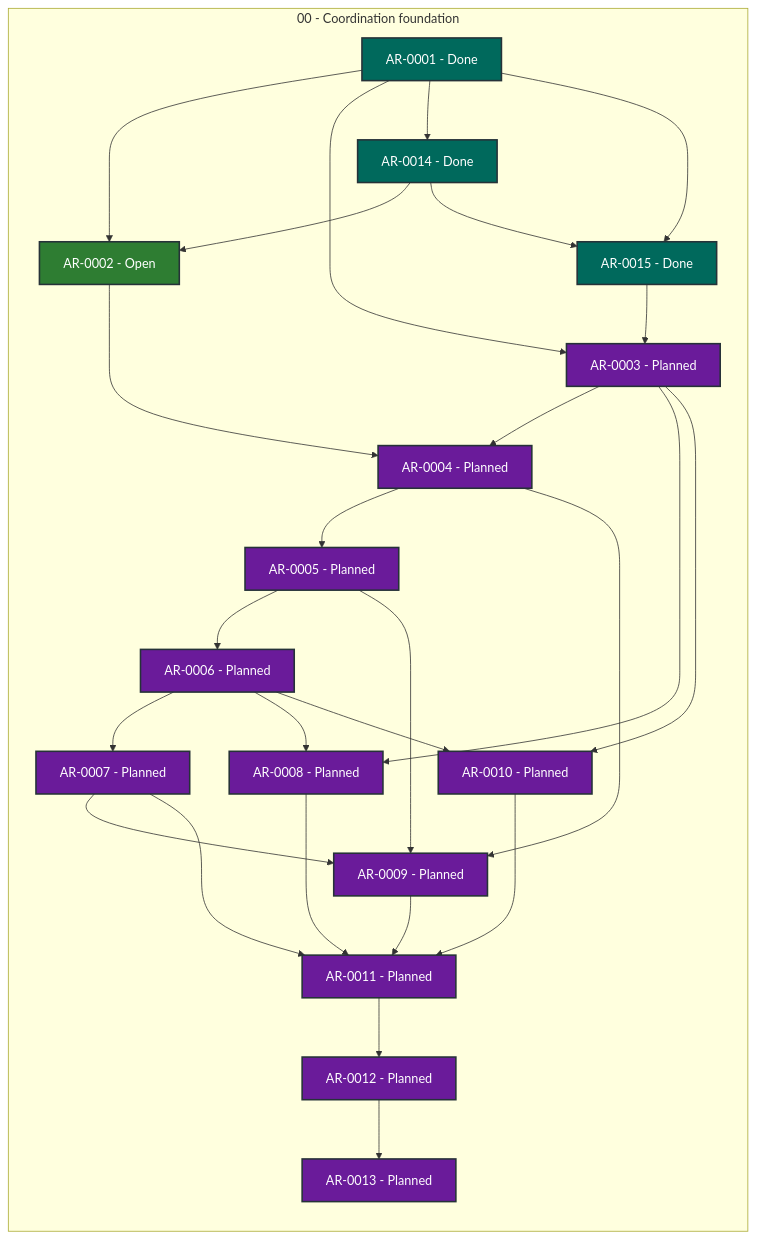
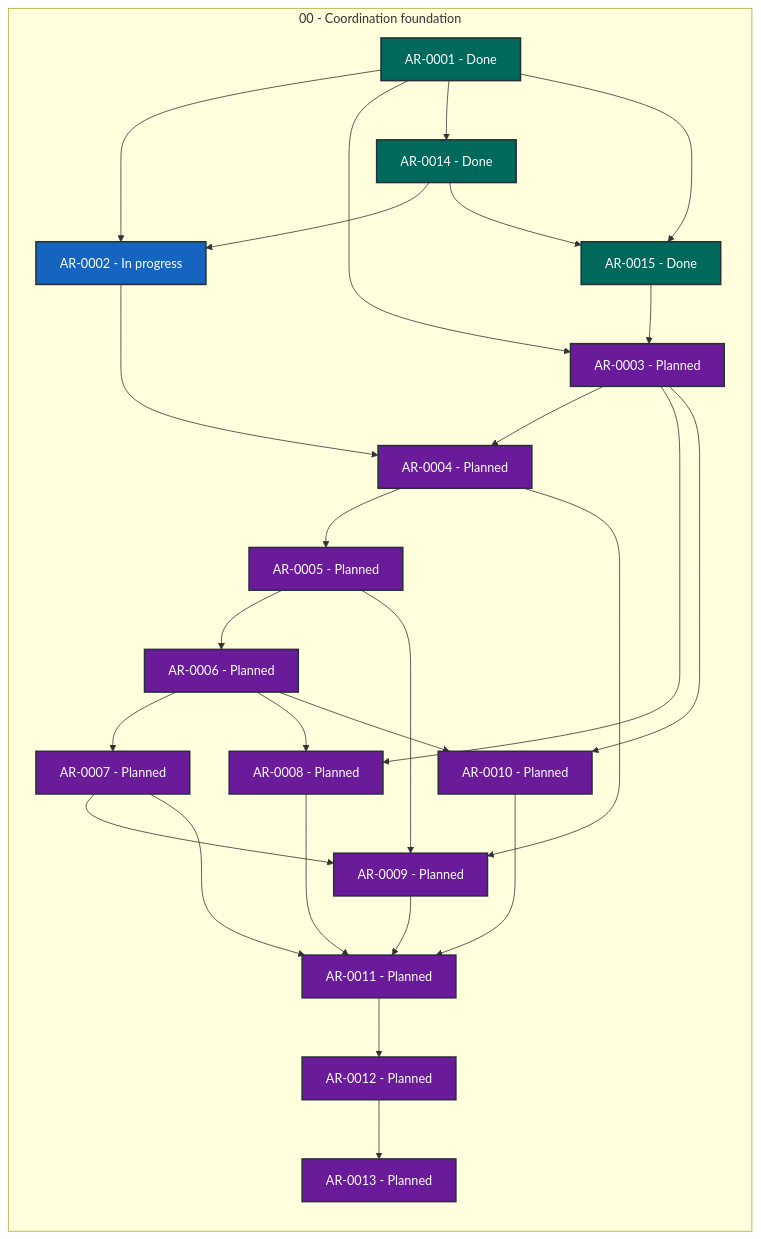
The diagram in STATUS.md (martin-beck/agent-workflow-tui-state), drawn with Mermaid before and after one commit. The commit also changed other lines of this file and 2 other files, not shown here.

````diff
--- a/STATUS.md
+++ b/STATUS.md
@@ -27,54 +27,54 @@
 ```mermaid
 flowchart LR
     subgraph series_00["00 - Coordination foundation"]
         direction TB
         AR_0001["AR-0001 - Done"]:::status_done
-        AR_0002["AR-0002 - Open"]:::status_open
+        AR_0002["AR-0002 - In progress"]:::status_in_progress
         AR_0003["AR-0003 - Planned"]:::status_planned
         AR_0004["AR-0004 - Planned"]:::status_planned
         AR_0005["AR-0005 - Planned"]:::status_planned
         AR_0006["AR-0006 - Planned"]:::status_planned
         AR_0007["AR-0007 - Planned"]:::status_planned
         AR_0008["AR-0008 - Planned"]:::status_planned
         AR_0009["AR-0009 - Planned"]:::status_planned
         AR_0010["AR-0010 - Planned"]:::status_planned
         AR_0011["AR-0011 - Planned"]:::status_planned
         AR_0012["AR-0012 - Planned"]:::status_planned
         AR_0013["AR-0013 - Planned"]:::status_planned
         AR_0014["AR-0014 - Done"]:::status_done
         AR_0015["AR-0015 - Done"]:::status_done
     end
     AR_0001 --> AR_0002
     AR_0001 --> AR_0003
     AR_0001 --> AR_0014
     AR_0001 --> AR_0015
     AR_0002 --> AR_0004
     AR_0003 --> AR_0004
     AR_0003 --> AR_0008
     AR_0003 --> AR_0010
     AR_0004 --> AR_0005
     AR_0004 --> AR_0009
     AR_0005 --> AR_0006
     AR_0005 --> AR_0009
     AR_0006 --> AR_0007
     AR_0006 --> AR_0008
     AR_0006 --> AR_0010
     AR_0007 --> AR_0009
     AR_0007 --> AR_0011
     AR_0008 --> AR_0011
     AR_0009 --> AR_0011
     AR_0010 --> AR_0011
     AR_0011 --> AR_0012
     AR_0012 --> AR_0013
     AR_0014 --> AR_0002
     AR_0014 --> AR_0015
     AR_0015 --> AR_0003
     classDef status_in_progress fill:#1565c0,color:#ffffff,stroke:#263238,stroke-width:2px
     classDef status_open fill:#2e7d32,color:#ffffff,stroke:#263238,stroke-width:2px
     classDef status_blocked fill:#c62828,color:#ffffff,stroke:#263238,stroke-width:2px
     classDef status_planned fill:#6a1b9a,color:#ffffff,stroke:#263238,stroke-width:2px
     classDef status_future fill:#455a64,color:#ffffff,stroke:#263238,stroke-width:2px
     classDef status_done fill:#00695c,color:#ffffff,stroke:#263238,stroke-width:2px
     classDef status_cancelled fill:#616161,color:#ffffff,stroke:#263238,stroke-width:2px
     classDef status_superseded fill:#5d4037,color:#ffffff,stroke:#263238,stroke-width:2px
 ```
````
